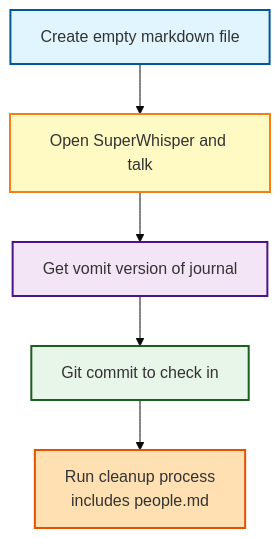
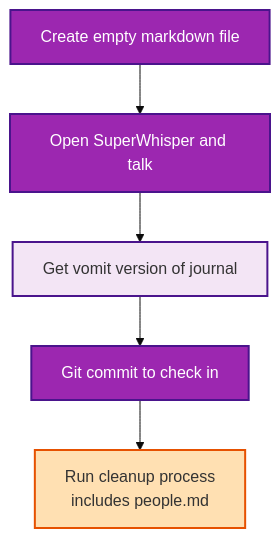
One commit to isidore/AIJournaling changed the second of 2 diagrams in Flowchart_Journaling/journaling_process.md. Above: the diagram before and after it, drawn with Mermaid (base theme). The commit also changed other lines of this file, not shown here.

````diff
--- a/Flowchart_Journaling/journaling_process.md
+++ b/Flowchart_Journaling/journaling_process.md
@@ -20,19 +16,17 @@
 ```mermaid
 graph TD
-    Start[Create empty markdown file]:::fileOps
-    Whisper[Open SuperWhisper and talk]:::voiceInput
+    Start[Create empty markdown file]:::tools
+    Whisper[Open SuperWhisper and talk]:::tools
     Vomit[Get vomit version of journal]:::output
-    Commit[Git commit to check in]:::versionControl
+    Commit[Git commit to check in]:::tools
     Cleanup[Run cleanup process<br/>includes people.md]:::processing
     
     Start --> Whisper
     Whisper --> Vomit
     Vomit --> Commit
     Commit --> Cleanup
     
-    classDef fileOps fill:#e1f5ff,stroke:#01579b,stroke-width:2px
-    classDef voiceInput fill:#fff9c4,stroke:#f57f17,stroke-width:2px
+    classDef tools fill:#9c27b0,stroke:#4a148c,stroke-width:2px,color:#fff
     classDef output fill:#f3e5f5,stroke:#4a148c,stroke-width:2px
-    classDef versionControl fill:#e8f5e9,stroke:#1b5e20,stroke-width:2px
     classDef processing fill:#ffe0b2,stroke:#e65100,stroke-width:2px
 ```
````
